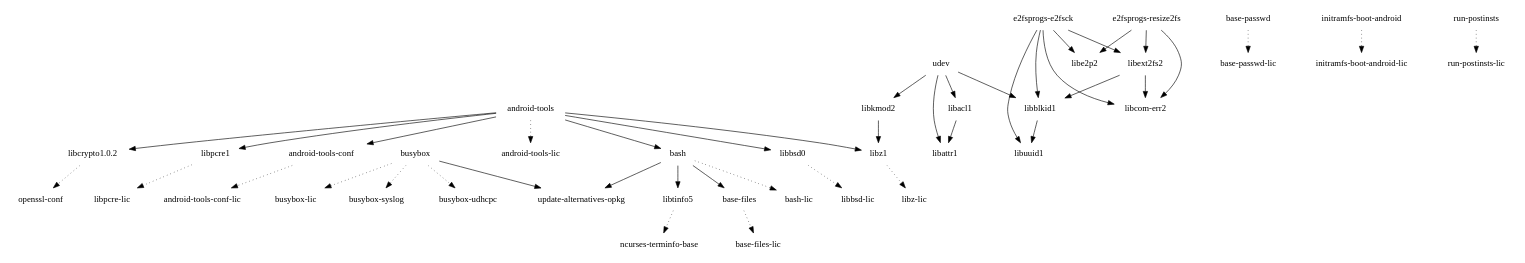
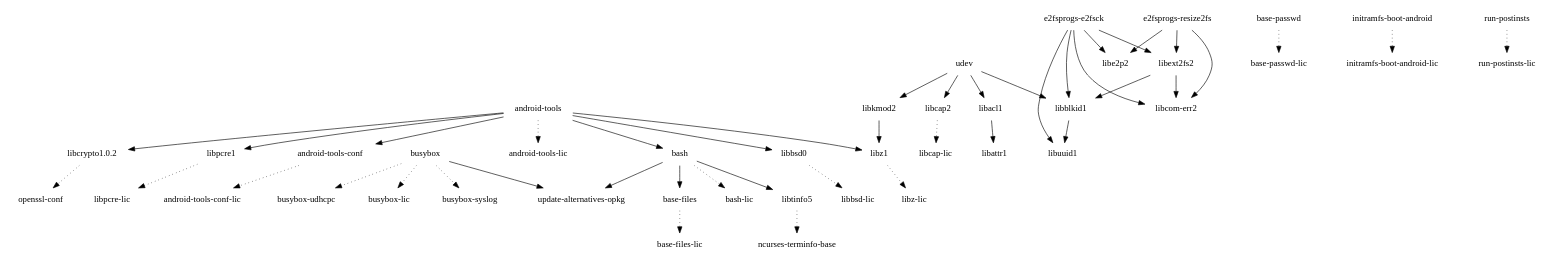
The diagram in images/hammerhead/glibc/initramfs-android-image/depends-nokernel-nolibc.dot (webOS-ports/buildhistory), drawn with Graphviz before and after one commit. The commit also changed 11338 other files, not shown here.

```diff
--- a/images/hammerhead/glibc/initramfs-android-image/depends-nokernel-nolibc.dot
+++ b/images/hammerhead/glibc/initramfs-android-image/depends-nokernel-nolibc.dot
@@ -1,45 +1,46 @@
 digraph depends {
     node [shape=plaintext]
 "android-tools" -> "android-tools-conf"
 "android-tools" -> "android-tools-lic" [style=dotted]
 "android-tools" -> "bash"
 "android-tools-conf" -> "android-tools-conf-lic" [style=dotted]
 "android-tools" -> "libbsd0"
 "android-tools" -> "libcrypto1.0.2"
 "android-tools" -> "libpcre1"
 "android-tools" -> "libz1"
 "base-files" -> "base-files-lic" [style=dotted]
 "base-passwd" -> "base-passwd-lic" [style=dotted]
 "bash" -> "base-files"
 "bash" -> "bash-lic" [style=dotted]
 "bash" -> "libtinfo5"
 "bash" -> "update-alternatives-opkg"
 "busybox" -> "busybox-lic" [style=dotted]
 "busybox" -> "busybox-syslog" [style=dotted]
 "busybox" -> "busybox-udhcpc" [style=dotted]
 "busybox" -> "update-alternatives-opkg"
 "e2fsprogs-e2fsck" -> "libblkid1"
 "e2fsprogs-e2fsck" -> "libcom-err2"
 "e2fsprogs-e2fsck" -> "libe2p2"
 "e2fsprogs-e2fsck" -> "libext2fs2"
 "e2fsprogs-e2fsck" -> "libuuid1"
 "e2fsprogs-resize2fs" -> "libcom-err2"
 "e2fsprogs-resize2fs" -> "libe2p2"
 "e2fsprogs-resize2fs" -> "libext2fs2"
 "initramfs-boot-android" -> "initramfs-boot-android-lic" [style=dotted]
 "libacl1" -> "libattr1"
 "libblkid1" -> "libuuid1"
 "libbsd0" -> "libbsd-lic" [style=dotted]
+"libcap2" -> "libcap-lic" [style=dotted]
 "libcrypto1.0.2" -> "openssl-conf" [style=dotted]
 "libext2fs2" -> "libblkid1"
 "libext2fs2" -> "libcom-err2"
 "libkmod2" -> "libz1"
 "libpcre1" -> "libpcre-lic" [style=dotted]
 "libtinfo5" -> "ncurses-terminfo-base" [style=dotted]
 "libz1" -> "libz-lic" [style=dotted]
 "run-postinsts" -> "run-postinsts-lic" [style=dotted]
 "udev" -> "libacl1"
-"udev" -> "libattr1"
 "udev" -> "libblkid1"
+"udev" -> "libcap2"
 "udev" -> "libkmod2"
 }
```
